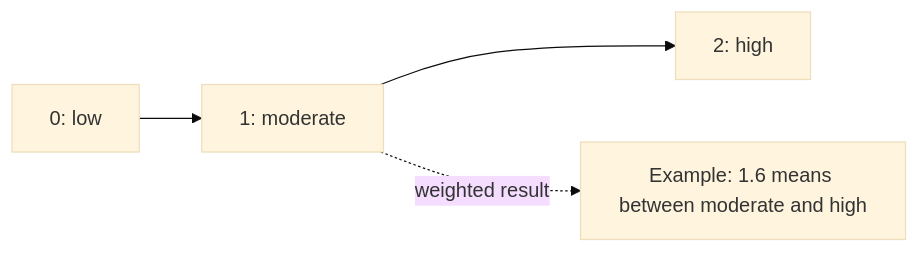
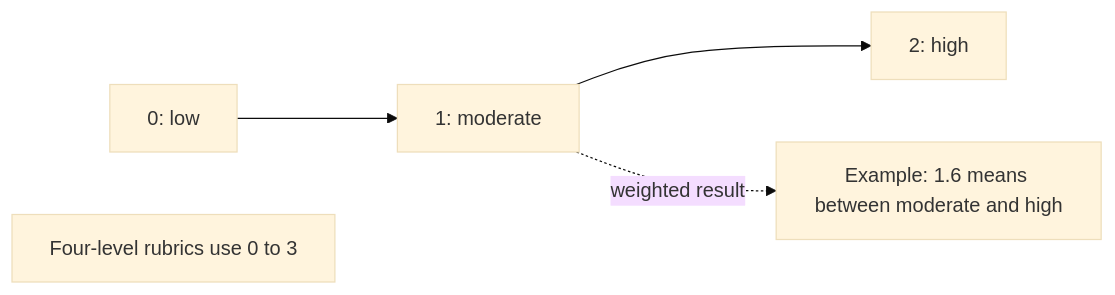
One commit to grappange/jev changed the second of 2 diagrams in README.md. Above: the diagram before and after it, drawn with Mermaid (base theme). The commit also changed other lines of this file and 13 other files, not shown here.

````diff
--- a/README.md
+++ b/README.md
@@ -50,5 +65,6 @@
 ```mermaid
 flowchart LR
 	L[0: low] --> M[1: moderate] --> H[2: high]
 	M -. weighted result .-> R[Example: 1.6 means between moderate and high]
+	C[Four-level rubrics use 0 to 3]
 ```
````
